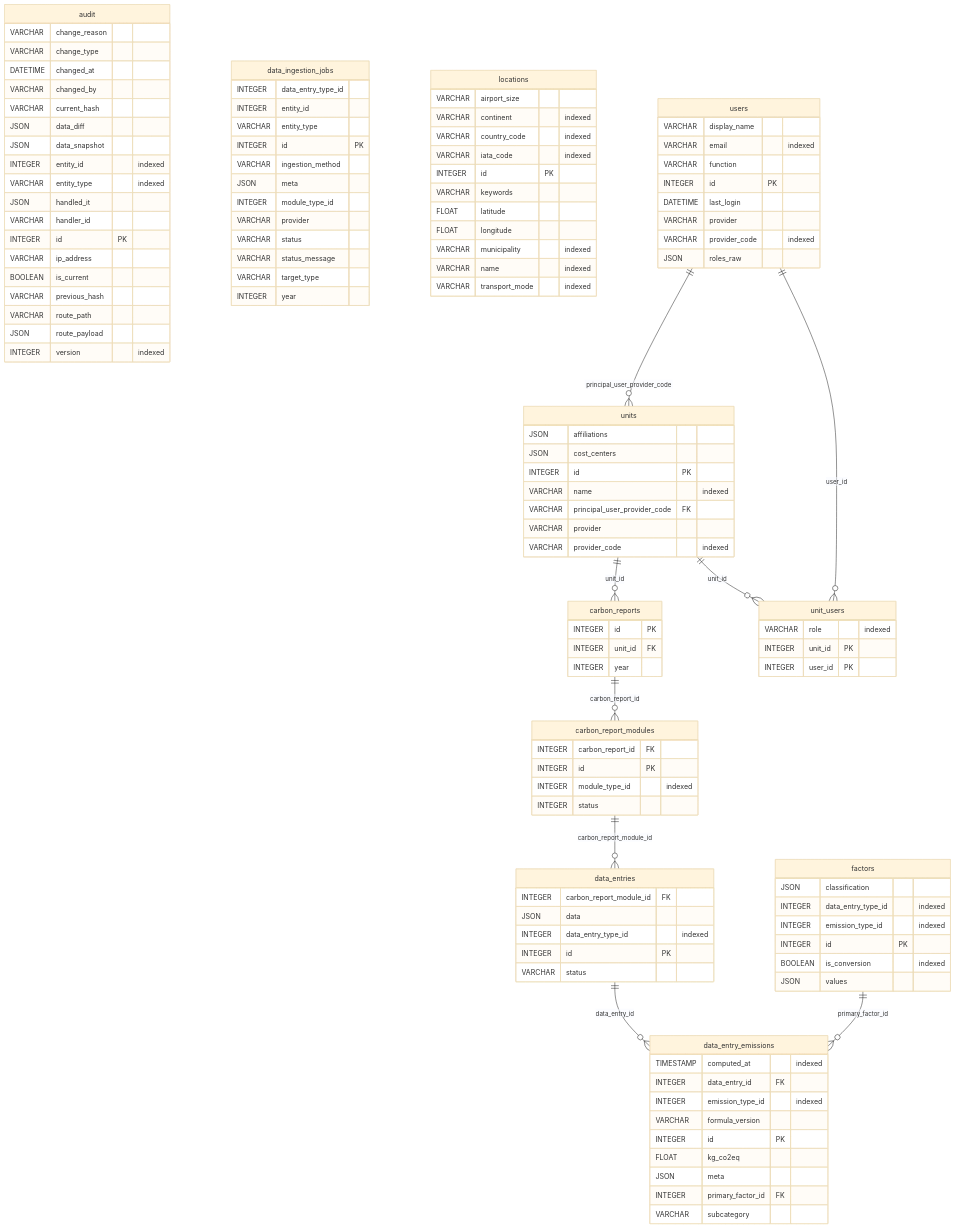
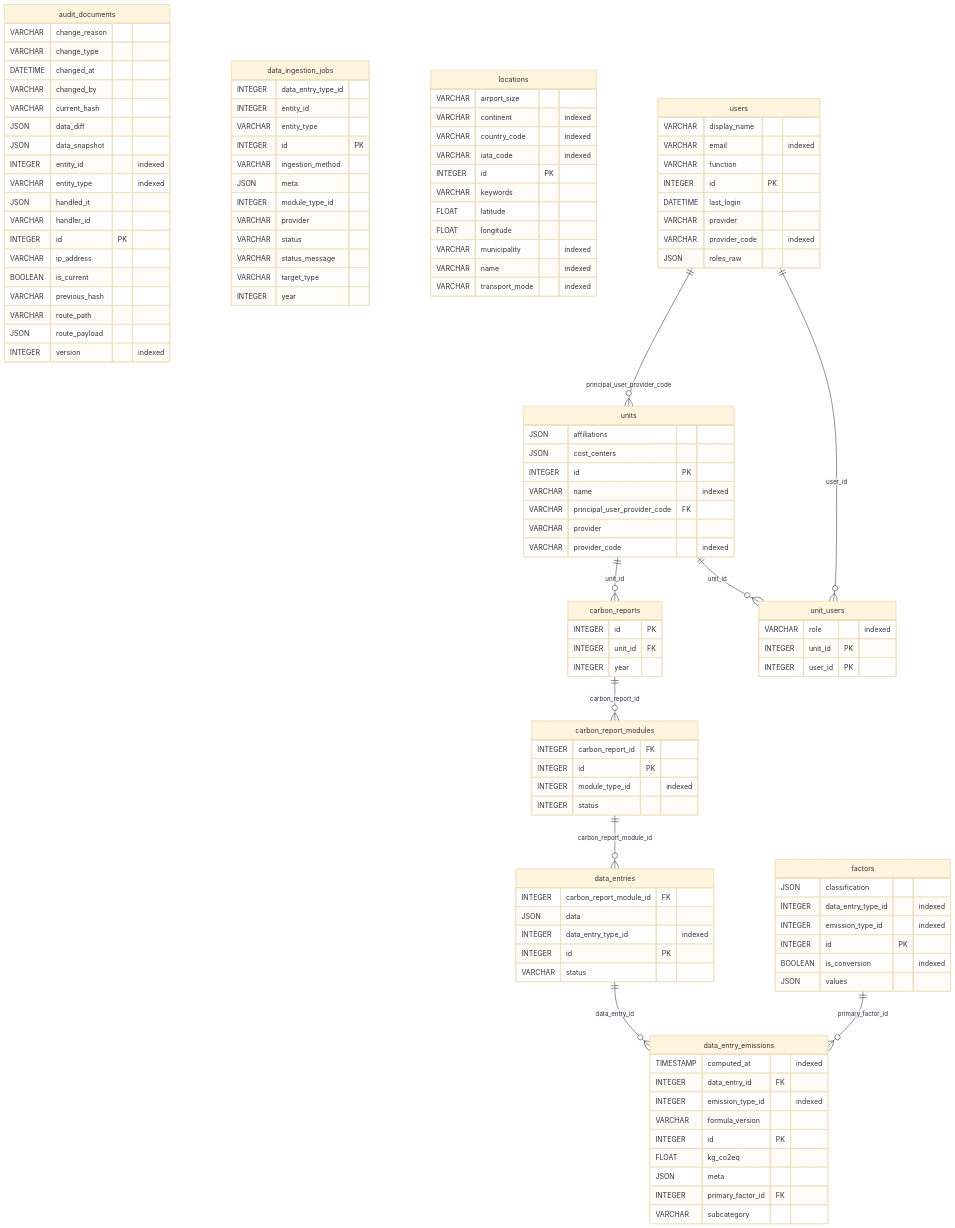
One commit to EPFL-ENAC/co2-calculator changed the diagram in docs/src/database/erd.md. Above: the diagram before and after it, drawn with Mermaid (base theme). The commit also changed 3 other files, not shown here.

````diff
--- a/docs/src/database/erd.md
+++ b/docs/src/database/erd.md
@@ -3,6 +3,6 @@
 ```mermaid
 erDiagram
-  audit {
+  audit_documents {
     VARCHAR change_reason
     VARCHAR change_type
     DATETIME changed_at
````
